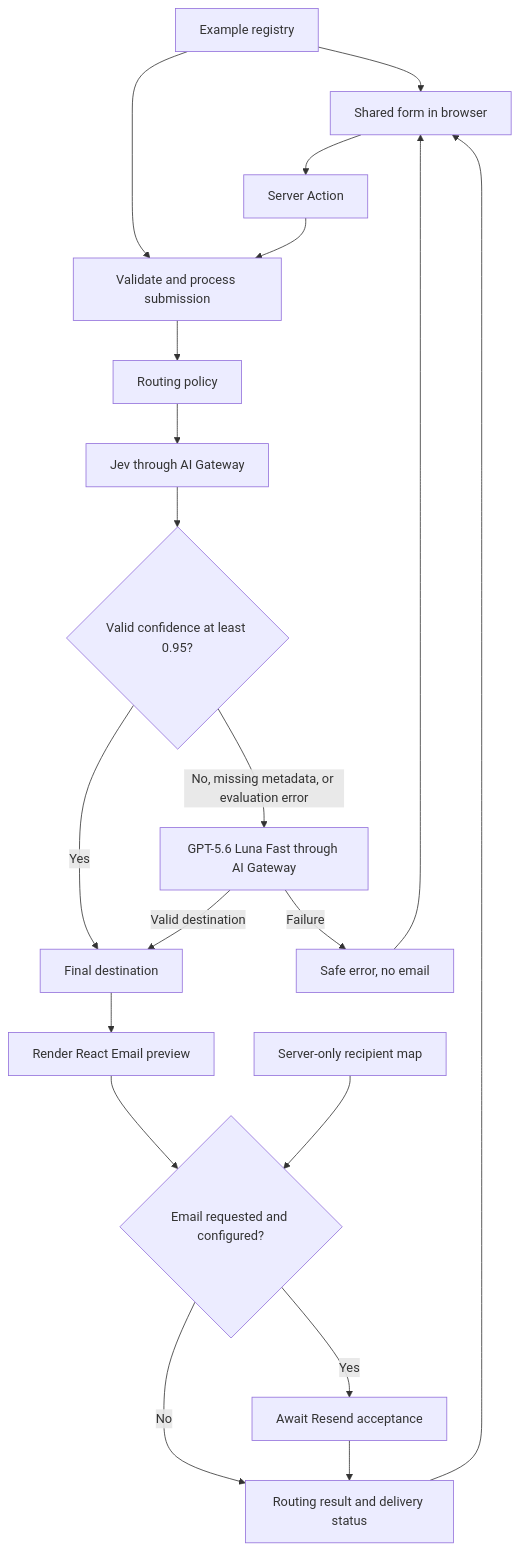
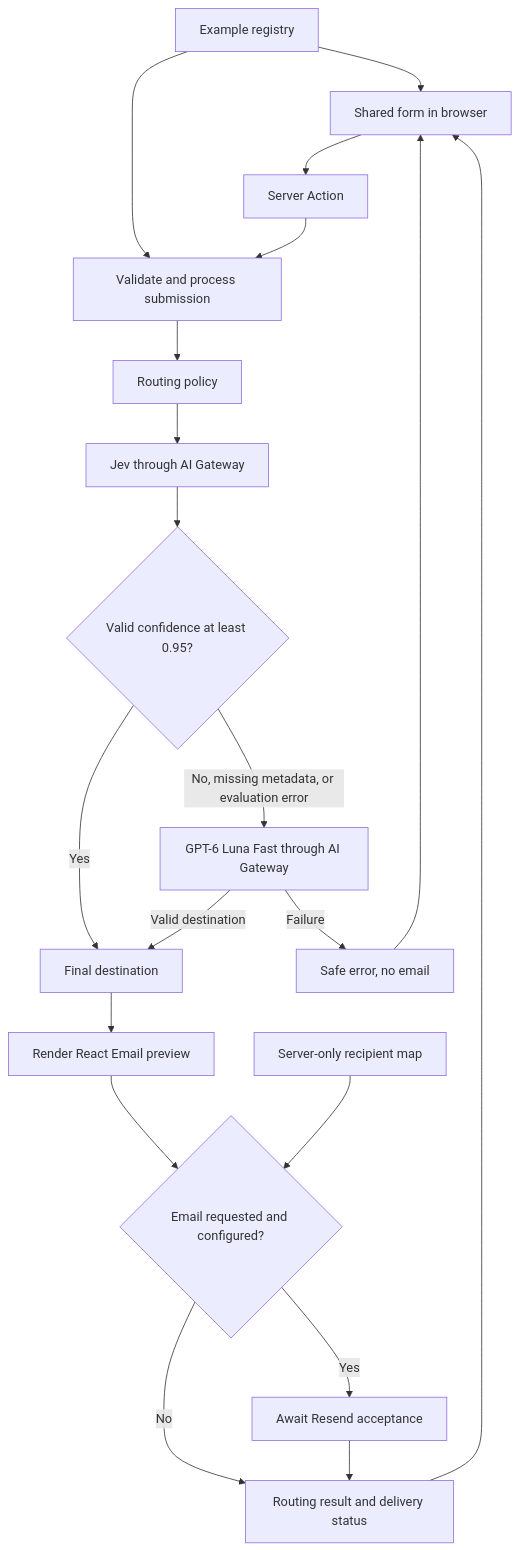
The diagram in ARCHITECTURE.md (vercel-labs/jev-ai-sdk-form-router), drawn with Mermaid before and after one commit. The commit also changed other lines of this file and 6 other files, not shown here.

Commit message:
chore(models): change fallback model to GPT-6 Luna

````diff
--- a/ARCHITECTURE.md
+++ b/ARCHITECTURE.md
@@ -35,22 +35,22 @@
 ```mermaid
 flowchart TD
     Browser[Shared form in browser] --> Action[Server Action]
     Registry[Example registry] --> Browser
     Registry --> Workflow[Validate and process submission]
     Action --> Workflow
     Workflow --> Router[Routing policy]
     Router --> Jev[Jev through AI Gateway]
     Jev --> Gate{Valid confidence at least 0.95?}
     Gate -->|Yes| Final[Final destination]
-    Gate -->|No, missing metadata, or evaluation error| Fallback[GPT-5.6 Luna Fast through AI Gateway]
+    Gate -->|No, missing metadata, or evaluation error| Fallback[GPT-6 Luna Fast through AI Gateway]
     Fallback -->|Valid destination| Final
     Fallback -->|Failure| Error[Safe error, no email]
     Final --> Email[Render React Email preview]
     Email --> OptIn{Email requested and configured?}
     Recipients[Server-only recipient map] --> OptIn
     OptIn -->|Yes| Resend[Await Resend acceptance]
     OptIn -->|No| Result[Routing result and delivery status]
     Resend --> Result
     Result --> Browser
     Error --> Browser
 ```
````
